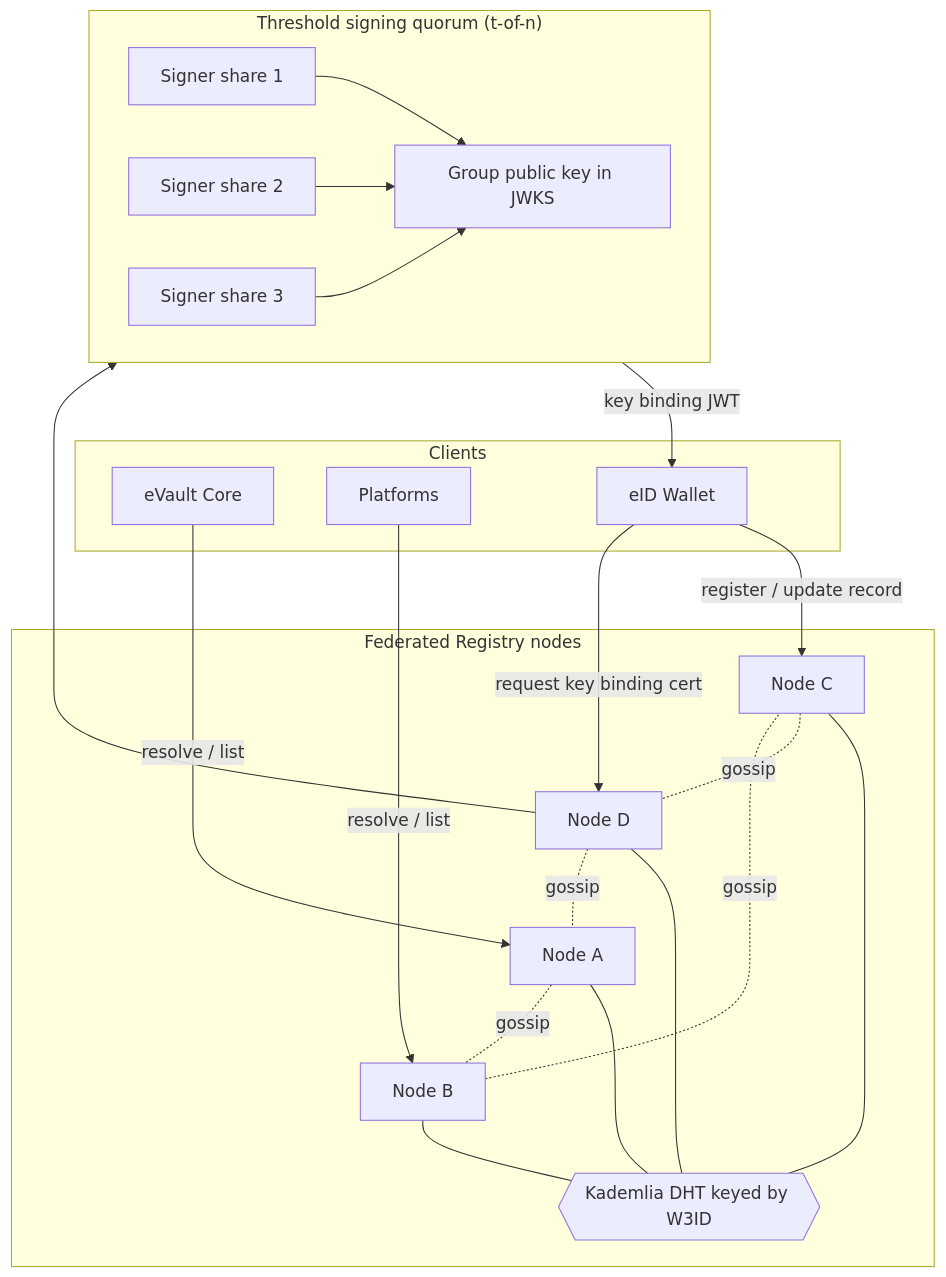
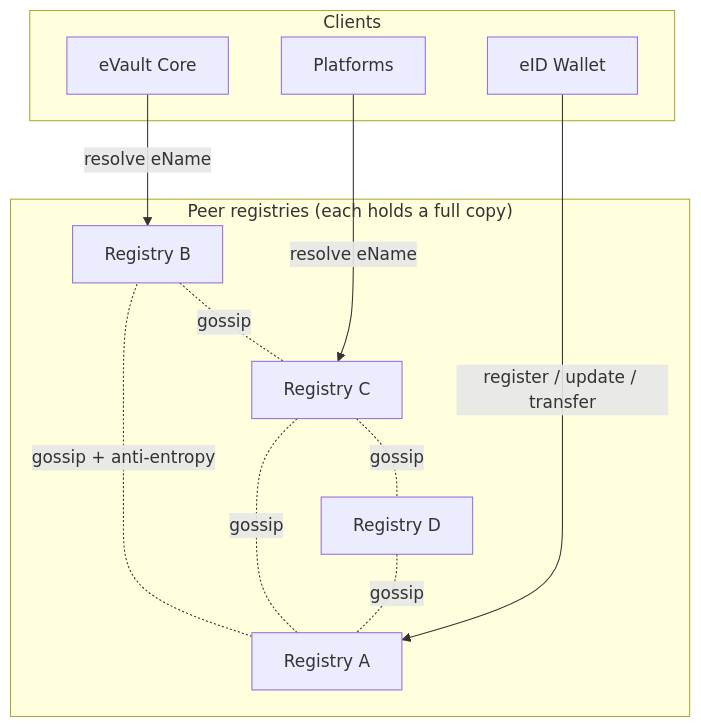
Before and after one commit to w3ds-docs/w3ds-docs: the first of 4 diagrams in content/docs/architecture/decentralised-registry/federated-dht.md, drawn with Mermaid. The commit also changed other lines of this file and 4 other files, not shown here.

````diff
--- a/content/docs/architecture/decentralised-registry/federated-dht.md
+++ b/content/docs/architecture/decentralised-registry/federated-dht.md
@@ -35,41 +32,24 @@
 ```mermaid
 graph TB
     subgraph Clients["Clients"]
         EVault[eVault Core]
         Platform[Platforms]
         Wallet[eID Wallet]
     end
 
-    subgraph Federation["Federated Registry nodes"]
-        N1[Node A]
-        N2[Node B]
-        N3[Node C]
-        N4[Node D]
-        DHT{{Kademlia DHT keyed by W3ID}}
-        N1 --- DHT
-        N2 --- DHT
-        N3 --- DHT
-        N4 --- DHT
-        N1 -. gossip .- N2
-        N2 -. gossip .- N3
-        N3 -. gossip .- N4
-        N4 -. gossip .- N1
+    subgraph Federation["Peer registries (each holds a full copy)"]
+        R1[Registry A]
+        R2[Registry B]
+        R3[Registry C]
+        R4[Registry D]
+        R1 -. gossip + anti-entropy .- R2
+        R2 -. gossip .- R3
+        R3 -. gossip .- R4
+        R4 -. gossip .- R1
+        R1 -. gossip .- R3
     end
 
-    subgraph Quorum["Threshold signing quorum (t-of-n)"]
-        S1[Signer share 1]
-        S2[Signer share 2]
-        S3[Signer share 3]
-        Group[Group public key in JWKS]
-        S1 --> Group
-        S2 --> Group
-        S3 --> Group
-    end
-
-    EVault -->|resolve / list| N1
-    Platform -->|resolve / list| N2
-    Wallet -->|register / update record| N3
-    Wallet -->|request key binding cert| N4
-    N4 --> Quorum
-    Quorum -->|key binding JWT| Wallet
+    Wallet -->|register / update / transfer| R1
+    EVault -->|resolve eName| R2
+    Platform -->|resolve eName| R3
 ```
````
